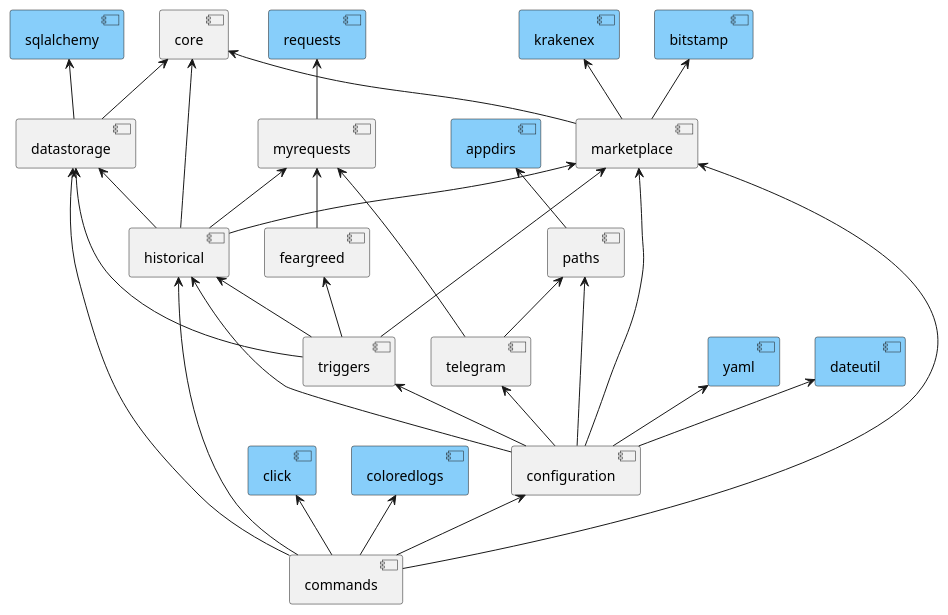
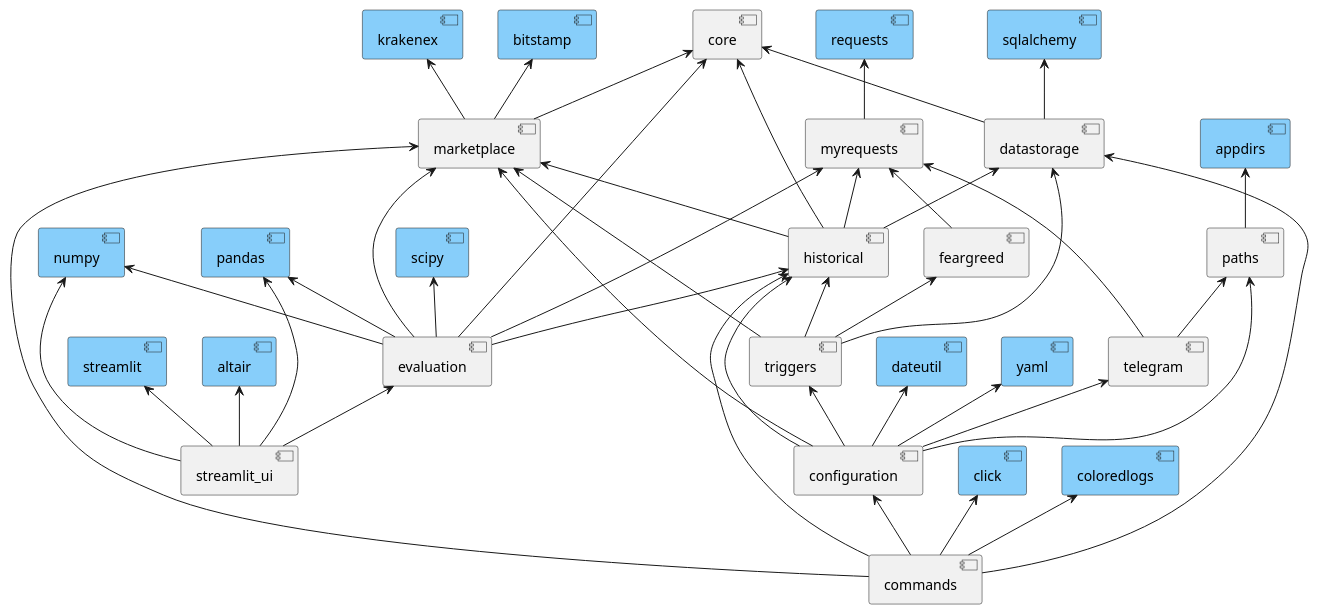
The diagram in docs/dev/graphs/_components.puml (martin-ueding/vigilant-crypto-snatch), drawn with PlantUML before and after one commit. The commit also changed 1 other file, not shown here.

```diff
--- a/docs/dev/graphs/_components.puml
+++ b/docs/dev/graphs/_components.puml
@@ -1,59 +1,88 @@
 @startuml
 
-component requests #lightskyblue
-component sqlalchemy #lightskyblue
+component altair #lightskyblue
 component appdirs #lightskyblue
-component krakenex #lightskyblue
 component bitstamp #lightskyblue
-component yaml #lightskyblue
 component click #lightskyblue
 component coloredlogs #lightskyblue
 component dateutil #lightskyblue
+component krakenex #lightskyblue
+component numpy #lightskyblue
+component pandas #lightskyblue
+component requests #lightskyblue
+component scipy #lightskyblue
+component sqlalchemy #lightskyblue
+component streamlit #lightskyblue
+component yaml #lightskyblue
 
+component commands
+component configuration
 component core
 component datastorage
+component evaluation
+component feargreed
+component historical
+component marketplace
 component marketplace
 component myrequests
-component historical
-component marketplace
-component feargreed
+component paths
+component streamlit_ui
+component telegram
 component triggers
-component paths
-component configuration
-component telegram
-component commands
+
+click <-- commands
+coloredlogs <-- commands
+configuration <-- commands
+datastorage <-- commands
+historical <-- commands
+marketplace <-- commands
+
+dateutil <-- configuration
+historical <-- configuration
+marketplace <-- configuration
+paths <-- configuration
+telegram <-- configuration
+triggers <-- configuration
+yaml <-- configuration
 
 core <-- datastorage
 sqlalchemy <-- datastorage
-core <-- marketplace
-requests <-- myrequests
+
+core <-- evaluation
+historical <-- evaluation
+marketplace <-- evaluation
+myrequests <-- evaluation
+numpy <-- evaluation
+pandas <-- evaluation
+scipy <-- evaluation
+
+myrequests <-- feargreed
+
 core <-- historical
 datastorage <-- historical
 marketplace <-- historical
 myrequests <-- historical
-myrequests <-- feargreed
+
+bitstamp <-- marketplace
+core <-- marketplace
+krakenex <-- marketplace
+
+requests <-- myrequests
+
+appdirs <-- paths
+
+altair <-- streamlit_ui
+evaluation <-- streamlit_ui
+streamlit <-- streamlit_ui
+numpy <-- streamlit_ui
+pandas <-- streamlit_ui
+
+myrequests <-- telegram
+paths <-- telegram
+
 datastorage <-- triggers
+feargreed <-- triggers
 historical <-- triggers
 marketplace <-- triggers
-feargreed <-- triggers
-appdirs <-- paths
-historical <-- configuration
-marketplace <-- configuration
-telegram <-- configuration
-triggers <-- configuration
-paths <-- configuration
-myrequests <-- telegram
-paths <-- telegram
-marketplace <-- commands
-datastorage <-- commands
-configuration <-- commands
-historical <-- commands
-bitstamp <-- marketplace
-krakenex <-- marketplace
-yaml <-- configuration
-click <-- commands
-coloredlogs <-- commands
-dateutil <-- configuration
-
 
 @enduml
```
